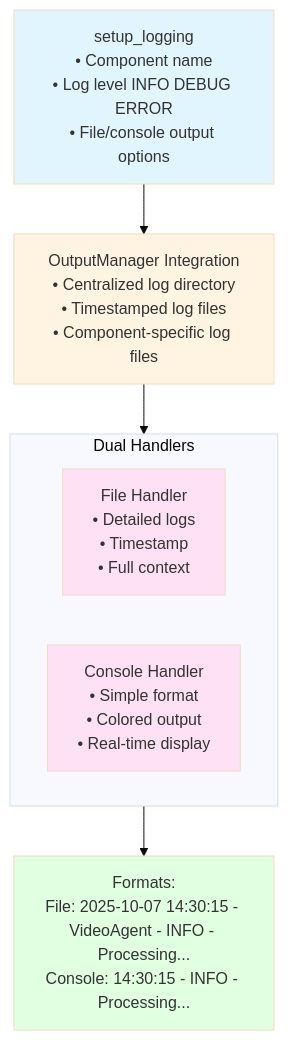
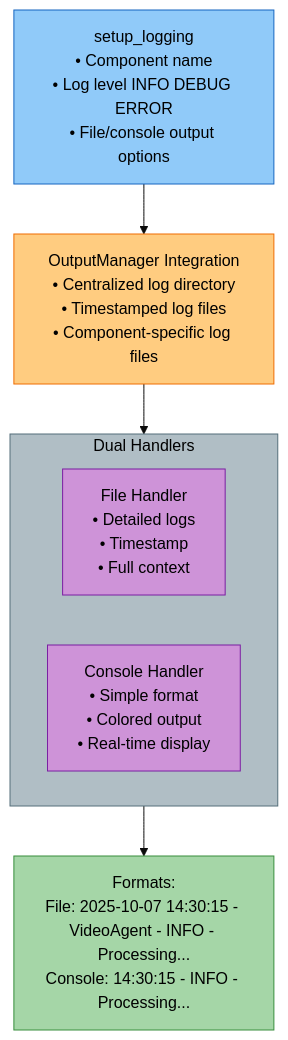
Before and after one commit to amit-jain/cogniverse: the second of 3 diagrams in docs/modules/utils.md, drawn with Mermaid (base theme). The commit also changed other lines of this file and 83 other files, not shown here.

First line of the commit message:
Fix documentation veracity, formatting, and diagrams across all modules

````diff
--- a/docs/modules/utils.md
+++ b/docs/modules/utils.md
@@ -85,22 +87,23 @@
 ```mermaid
-graph TB
-    SETUP[setup_logging<br/>• Component name<br/>• Log level INFO DEBUG ERROR<br/>• File/console output options]
-    OM[OutputManager Integration<br/>• Centralized log directory<br/>• Timestamped log files<br/>• Component-specific log files]
+flowchart TB
+    SETUP["<span style='color:#000'>setup_logging<br/>• Component name<br/>• Log level INFO DEBUG ERROR<br/>• File/console output options</span>"]
+    OM["<span style='color:#000'>OutputManager Integration<br/>• Centralized log directory<br/>• Timestamped log files<br/>• Component-specific log files</span>"]
 
-    subgraph DUAL[Dual Handlers]
-        FH[File Handler<br/>• Detailed logs<br/>• Timestamp<br/>• Full context]
-        CH[Console Handler<br/>• Simple format<br/>• Colored output<br/>• Real-time display]
+    subgraph DUAL["<span style='color:#000'>Dual Handlers</span>"]
+        FH["<span style='color:#000'>File Handler<br/>• Detailed logs<br/>• Timestamp<br/>• Full context</span>"]
+        CH["<span style='color:#000'>Console Handler<br/>• Simple format<br/>• Colored output<br/>• Real-time display</span>"]
     end
 
-    FMTS[Formats:<br/>File: 2025-10-07 14:30:15 - VideoAgent - INFO - Processing...<br/>Console: 14:30:15 - INFO - Processing...]
+    FMTS["<span style='color:#000'>Formats:<br/>File: 2025-10-07 14:30:15 - VideoAgent - INFO - Processing...<br/>Console: 14:30:15 - INFO - Processing...</span>"]
 
     SETUP --> OM
     OM --> DUAL
     DUAL --> FMTS
 
-    style SETUP fill:#e1f5ff
-    style OM fill:#fff4e1
-    style FH fill:#ffe1f5
-    style CH fill:#ffe1f5
-    style FMTS fill:#e1ffe1
+    style SETUP fill:#90caf9,stroke:#1565c0,color:#000
+    style OM fill:#ffcc80,stroke:#ef6c00,color:#000
+    style DUAL fill:#b0bec5,stroke:#546e7a,color:#000
+    style FH fill:#ce93d8,stroke:#7b1fa2,color:#000
+    style CH fill:#ce93d8,stroke:#7b1fa2,color:#000
+    style FMTS fill:#a5d6a7,stroke:#388e3c,color:#000
 ```
````
